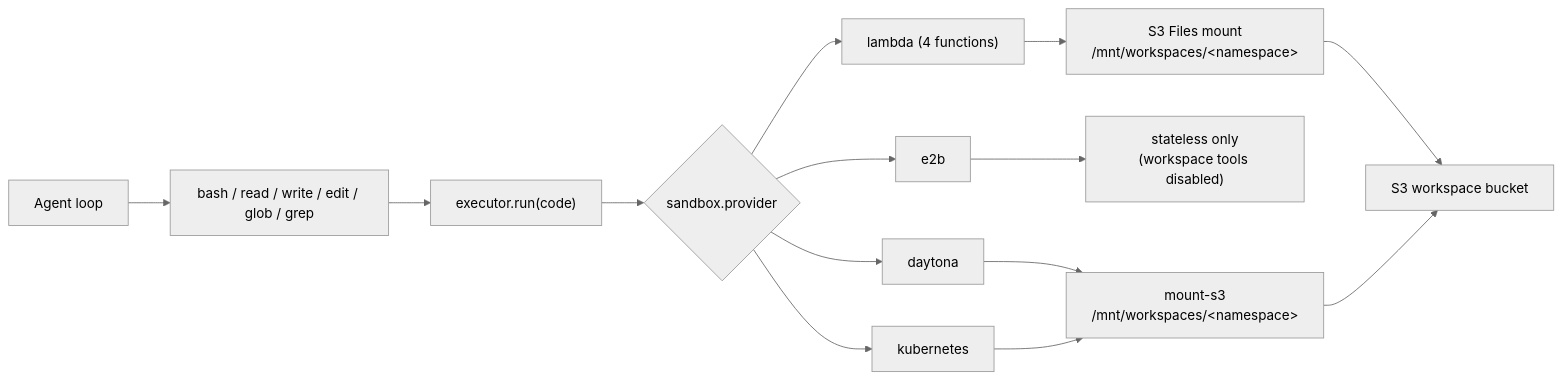
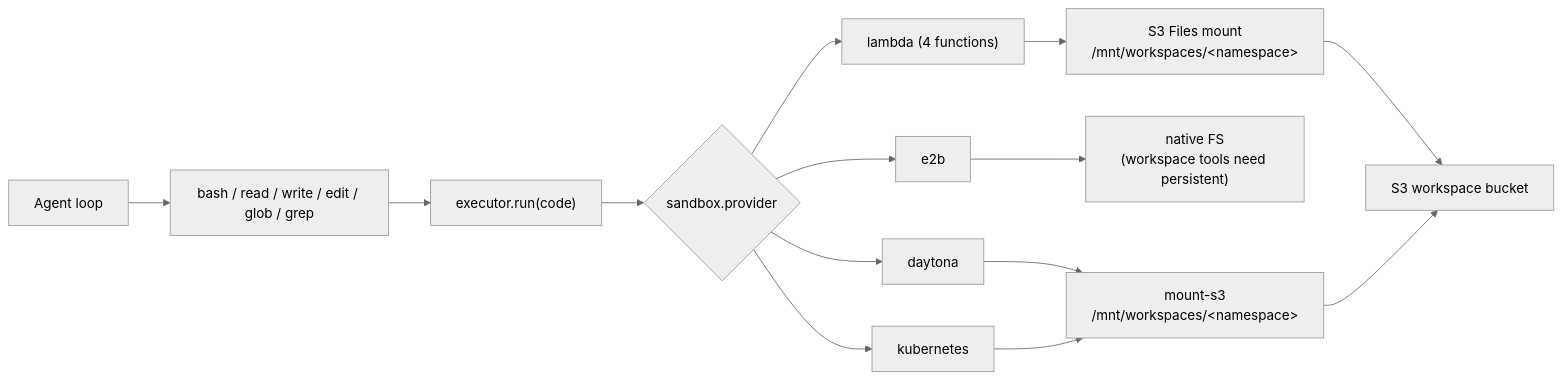
The first of 3 diagrams in docs/workspace/sandbox/index.md (beeblastco/broods), drawn with Mermaid (neutral theme) before and after one commit. The commit also changed other lines of this file and 26 other files, not shown here.

````diff
--- a/docs/workspace/sandbox/index.md
+++ b/docs/workspace/sandbox/index.md
@@ -8,17 +8,17 @@
 ```mermaid
 flowchart LR
   Agent["Agent loop"] --> Tools["bash / read / write / edit / glob / grep"]
   Tools --> Run["executor.run(code)"]
   Run --> Provider{"sandbox.provider"}
   Provider --> Lambda["lambda (4 functions)"]
   Provider --> E2B["e2b"]
   Provider --> Daytona["daytona"]
   Provider --> Kubernetes["kubernetes"]
   Lambda --> Mount["S3 Files mount<br/>/mnt/workspaces/&lt;namespace&gt;"]
-  E2B --> Stateless["stateless only<br/>(workspace tools disabled)"]
+  E2B --> Stateless["native FS<br/>(workspace tools need persistent)"]
   Daytona --> ExternalMount
   Kubernetes --> ExternalMount
   ExternalMount["mount-s3<br/>/mnt/workspaces/&lt;namespace&gt;"]
   Mount --> Bucket["S3 workspace bucket"]
   ExternalMount --> Bucket
 ```
````
